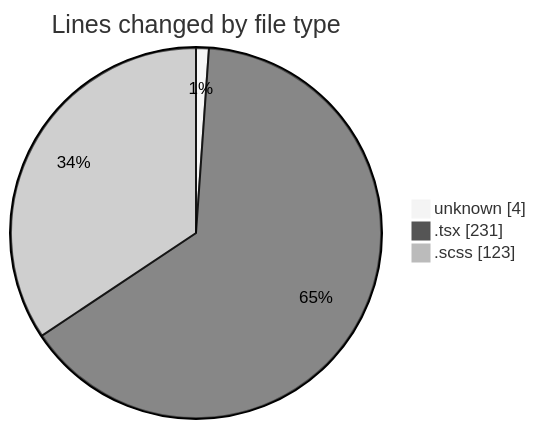
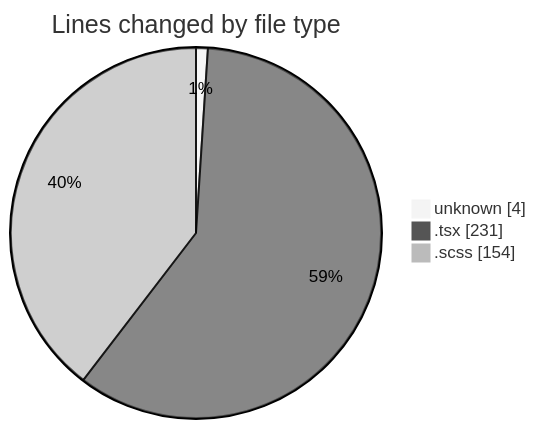
The first of 2 diagrams in 2025-02-14/cda/README.md (momahboobian/code-tracking), drawn with Mermaid (neutral theme) before and after one commit. The commit also changed other lines of this file and 1 other file, not shown here.

````diff
--- a/2025-02-14/cda/README.md
+++ b/2025-02-14/cda/README.md
@@ -22,7 +22,7 @@
 ```mermaid
 pie showData
 title Lines changed by file type
 "unknown" : 4
 ".tsx" : 231
-".scss" : 123
+".scss" : 154
 ```
````
